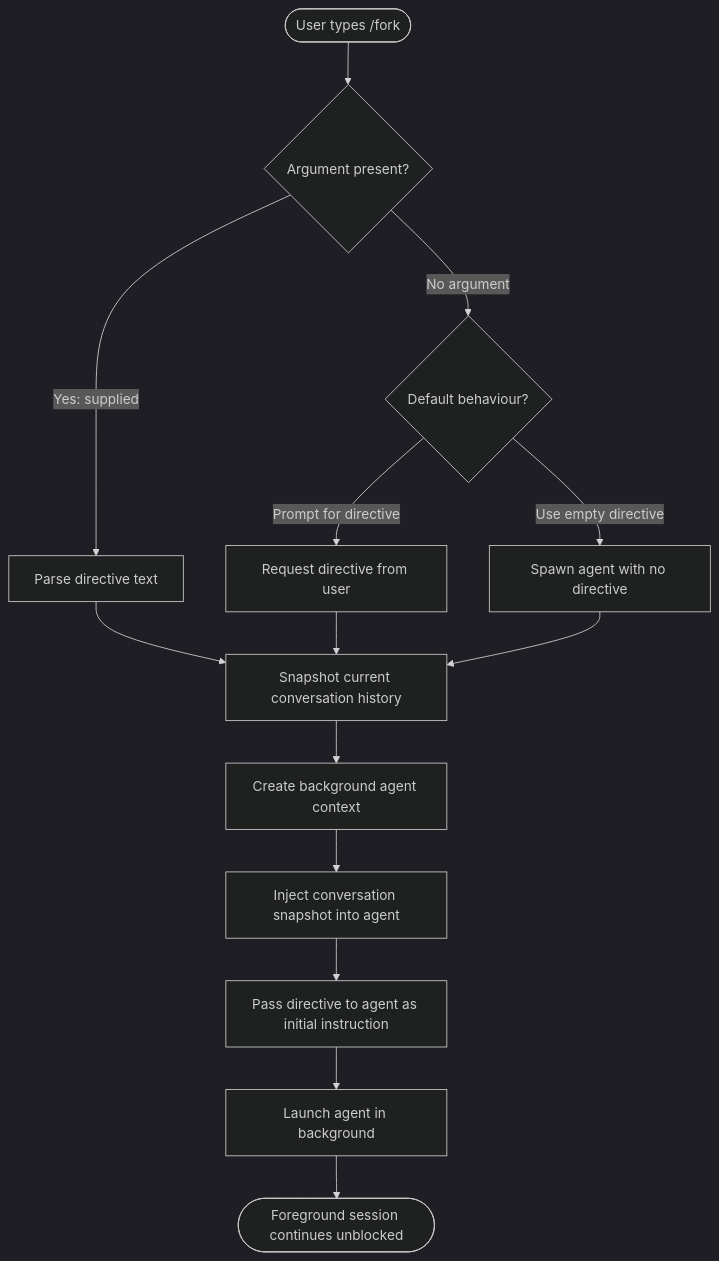
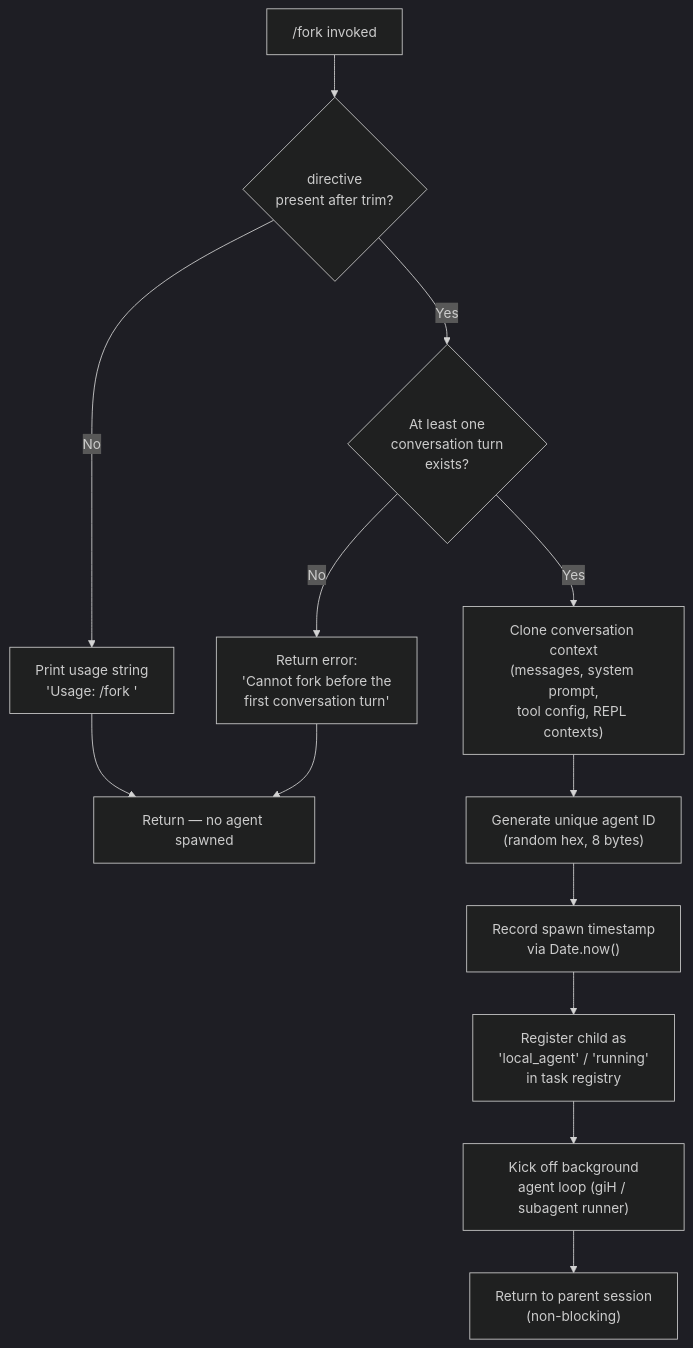
Before and after one commit to MyLittleLuckyDog/cc-gnothi: the diagram in versions/v2.1.152/fork.md, drawn with Mermaid (dark theme). The commit also changed other lines of this file and 593 other files, not shown here.

````diff
--- a/versions/v2.1.152/fork.md
+++ b/versions/v2.1.152/fork.md
@@ -47,16 +55,17 @@
 ```mermaid
 flowchart TD
-    A([User types /fork]) --> B{Argument present?}
-    B -- "Yes: <directive> supplied" --> C[Parse directive text]
-    B -- "No argument" --> D{Default behaviour?}
-    D -- "Prompt for directive" --> E[Request directive from user]
-    D -- "Use empty directive" --> F[Spawn agent with no directive]
-    C --> G[Snapshot current conversation history]
-    E --> G
-    F --> G
-    G --> H[Create background agent context]
-    H --> I[Inject conversation snapshot into agent]
-    I --> J[Pass directive to agent as initial instruction]
-    J --> K[Launch agent in background]
-    K --> L([Foreground session continues unblocked])
+    A["/fork <directive> invoked"] --> B{"directive\npresent after trim?"}
+    B -- No --> C["Print usage string\n'Usage: /fork <directive>'"]
+    C --> Z[Return — no agent spawned]
+
+    B -- Yes --> D{"At least one\nconversation turn\nexists?"}
+    D -- No --> E["Return error:\n'Cannot fork before the\nfirst conversation turn'"]
+    E --> Z
+
+    D -- Yes --> F["Clone conversation context\n(messages, system prompt,\ntool config, REPL contexts)"]
+    F --> G["Generate unique agent ID\n(random hex, 8 bytes)"]
+    G --> H["Record spawn timestamp\nvia Date.now()"]
+    H --> I["Register child as\n'local_agent' / 'running'\nin task registry"]
+    I --> J["Kick off background\nagent loop (giH / subagent runner)"]
+    J --> K["Return to parent session\n(non-blocking)"]
 ```
````
